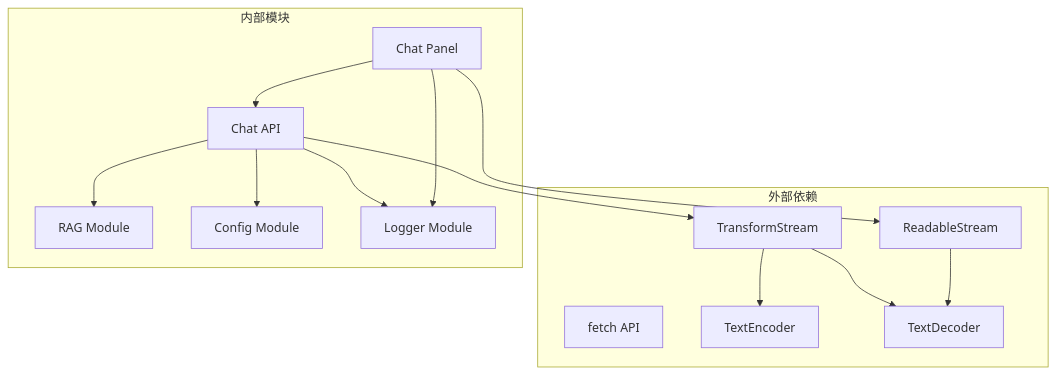
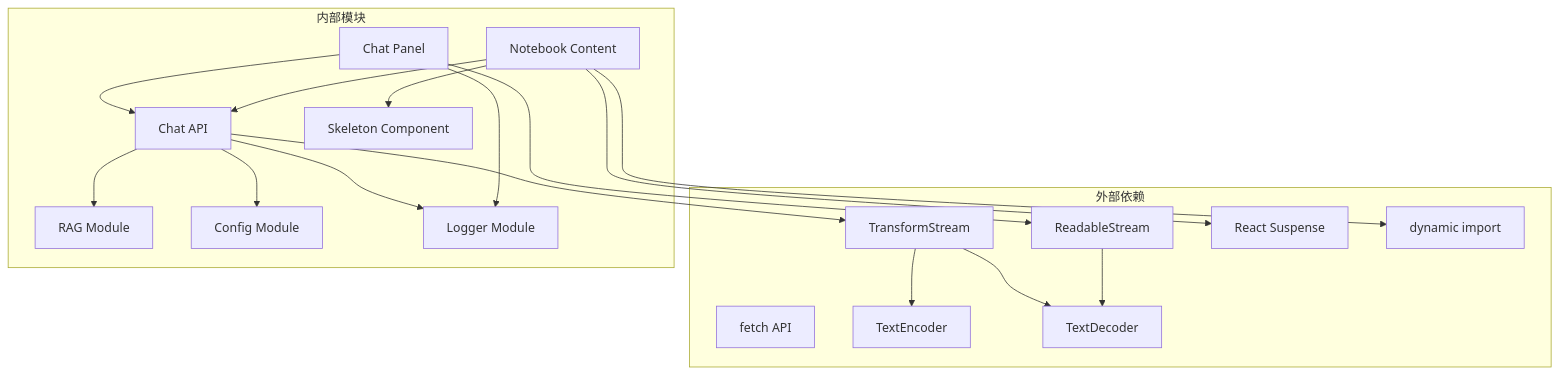
The eighth of 8 diagrams in .qoder/repowiki/zh/content/RAG 问答系统/流式输出实现.md (lbl-bm/notebookLM-clone), drawn with Mermaid before and after one commit. The commit also changed other lines of this file and 3 other files, not shown here.

````diff
--- a/.qoder/repowiki/zh/content/RAG 问答系统/流式输出实现.md
+++ b/.qoder/repowiki/zh/content/RAG 问答系统/流式输出实现.md
@@ -280,27 +384,35 @@
 ```mermaid
 graph TD
 subgraph "外部依赖"
 Fetch[fetch API]
 ReadableStream[ReadableStream]
 TransformStream[TransformStream]
 TextEncoder[TextEncoder]
 TextDecoder[TextDecoder]
+Suspense[React Suspense]
+Dynamic[dynamic import]
 end
 subgraph "内部模块"
 ChatAPI[Chat API]
 ChatPanel[Chat Panel]
+NotebookContent[Notebook Content]
+Skeleton[Skeleton Component]
 RAGModule[RAG Module]
 ConfigModule[Config Module]
 LoggerModule[Logger Module]
 end
 ChatPanel --> ChatAPI
+NotebookContent --> ChatAPI
+NotebookContent --> Skeleton
+NotebookContent --> Suspense
+NotebookContent --> Dynamic
 ChatAPI --> RAGModule
 ChatAPI --> ConfigModule
 ChatAPI --> TransformStream
 TransformStream --> TextEncoder
 TransformStream --> TextDecoder
 ChatPanel --> ReadableStream
 ReadableStream --> TextDecoder
 ChatAPI --> LoggerModule
 ChatPanel --> LoggerModule
 ```
````
